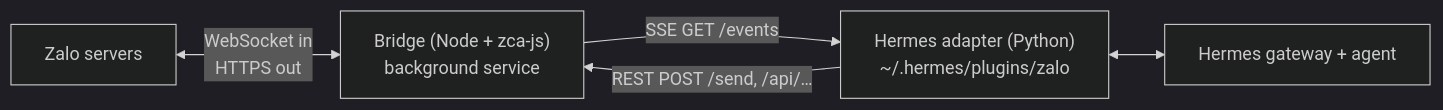
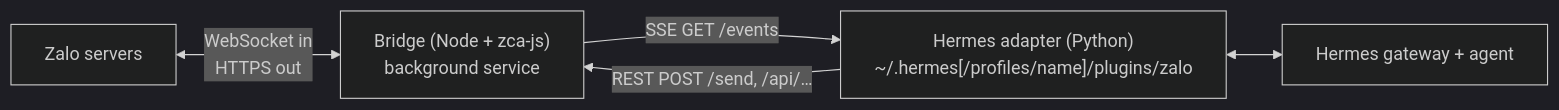
One commit to pdt590/chatbot-personal-zalo-hermes changed the diagram in README.md. Above: the diagram before and after it, drawn with Mermaid (dark theme). The commit also changed other lines of this file and 30 other files, not shown here.

````diff
--- a/README.md
+++ b/README.md
@@ -67,7 +310,7 @@
 ```mermaid
 flowchart LR
   Z[Zalo servers] <-- "WebSocket in<br/>HTTPS out" --> B["Bridge (Node + zca-js)<br/>background service"]
-  B -- "SSE  GET /events" --> A["Hermes adapter (Python)<br/>~/.hermes/plugins/zalo"]
+  B -- "SSE  GET /events" --> A["Hermes adapter (Python)<br/>~/.hermes[/profiles/name]/plugins/zalo"]
   A -- "REST  POST /send, /api/…" --> B
   A <--> H[Hermes gateway + agent]
 ```
````
